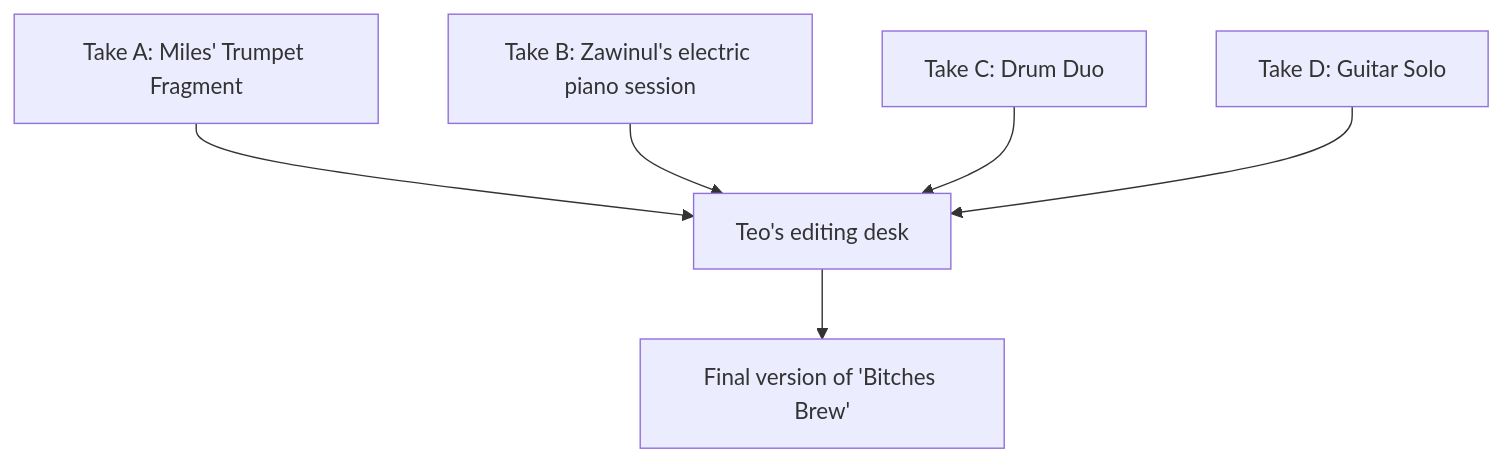
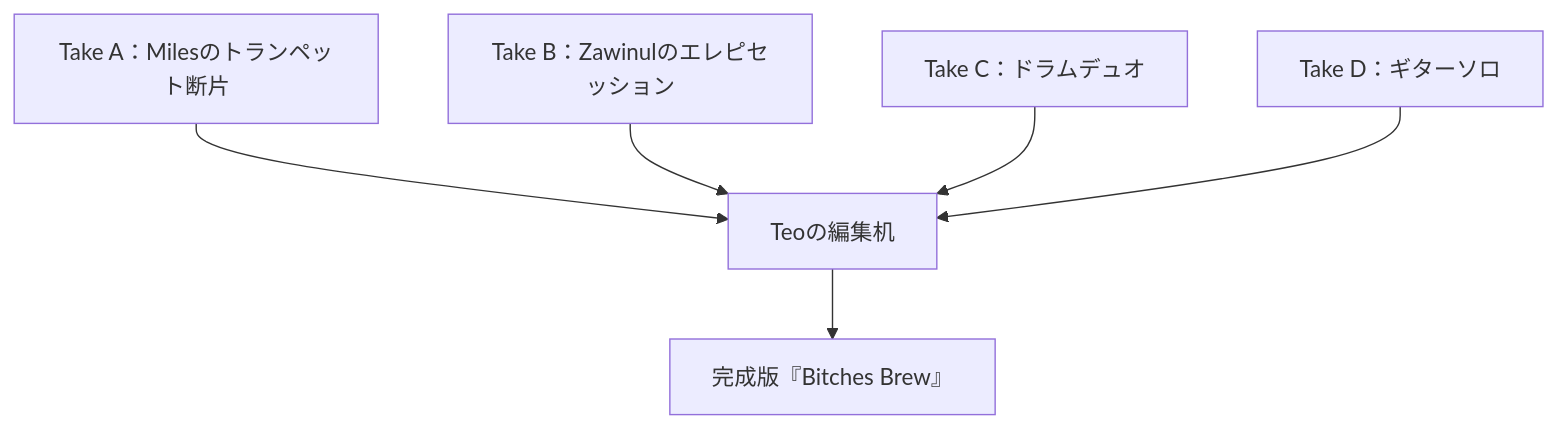
One commit to monumental-movement/monumental-movement.github.io changed the second of 12 diagrams in en/_posts/2025-10-28-column-macero-miles.md. Above: the diagram before and after it, drawn with Mermaid. The commit also changed other lines of this file and 211 other files, not shown here.

```diff
--- a/en/_posts/2025-10-28-column-macero-miles.md
+++ b/en/_posts/2025-10-28-column-macero-miles.md
@@ -97,16 +97,16 @@
 <div class="mermaid">
 
 graph TD
-T1["Take A: Miles' Trumpet Fragment"]
-T2["Take B: Zawinul's electric piano session"]
-T3["Take C: Drum Duo"]
-T4["Take D: Guitar Solo"]
-E["Teo's editing desk"]
-F["Final version of 'Bitches Brew'"]
-T1 --> E
-T2 --> E
-T3 --> E
-T4 --> E
-E --> F
+    T1["Take A：Milesのトランペット断片"]
+    T2["Take B：Zawinulのエレピセッション"]
+    T3["Take C：ドラムデュオ"]
+    T4["Take D：ギターソロ"]
+    E["Teoの編集机"]
+    F["完成版『Bitches Brew』"]
+    T1 --> E
+    T2 --> E
+    T3 --> E
+    T4 --> E
+    E --> F
 
 </div>
```
